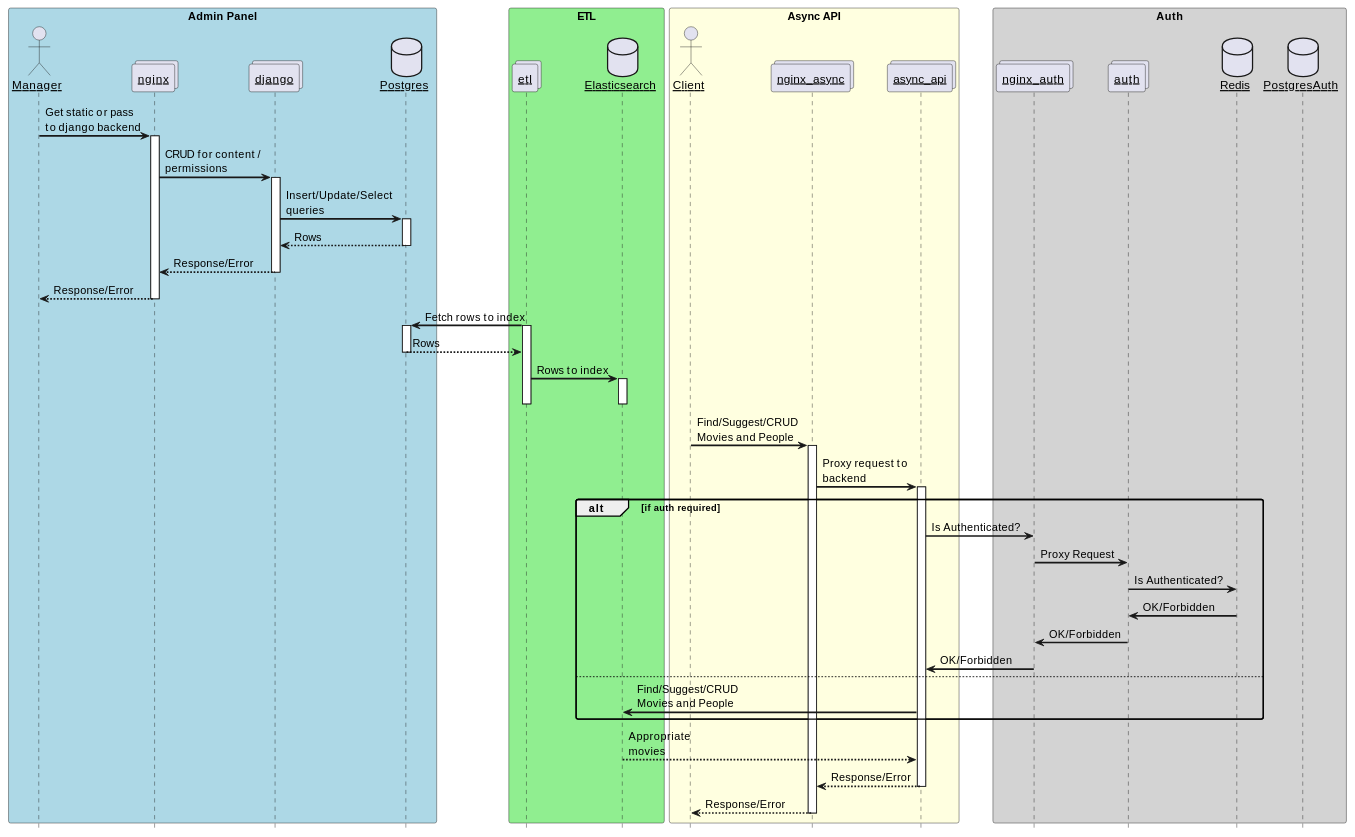
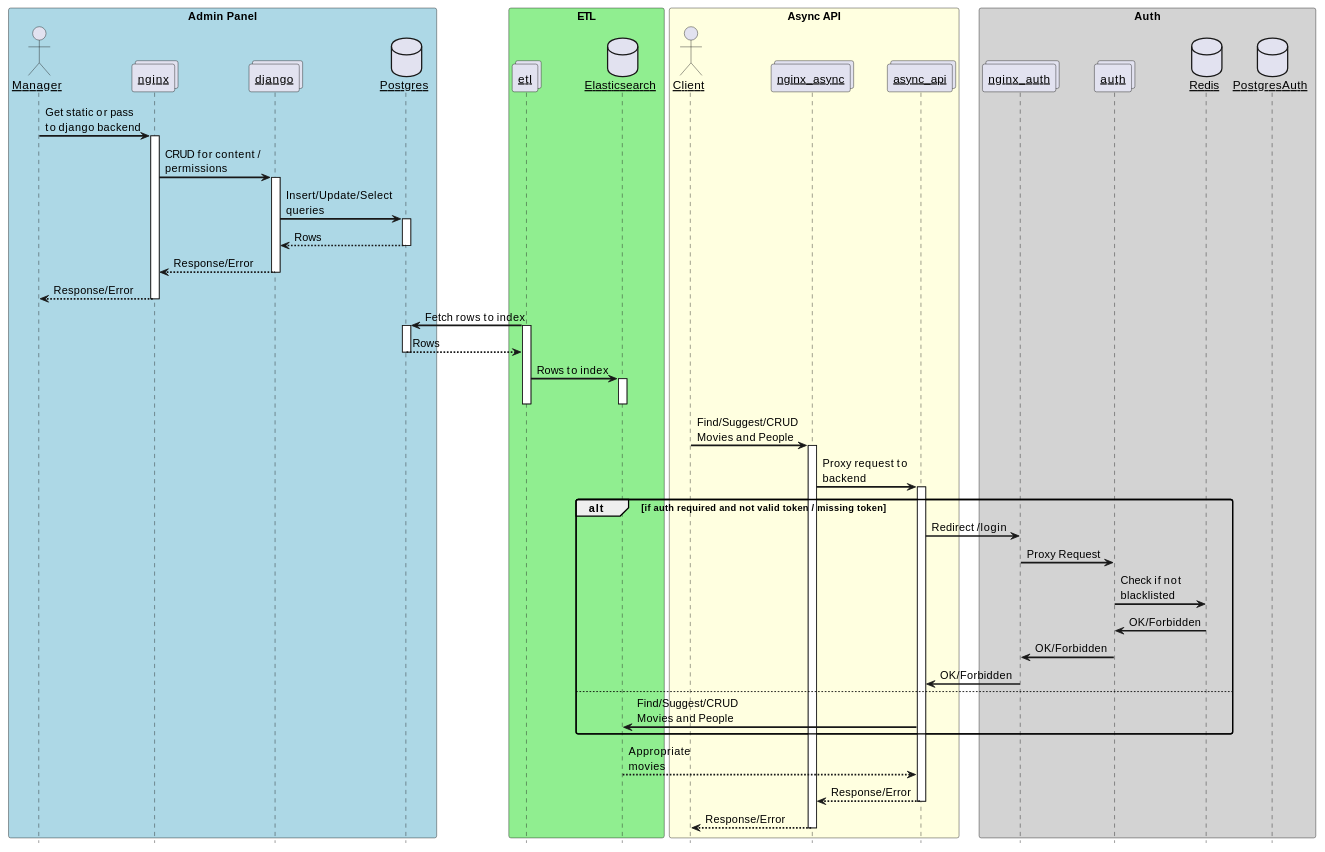
The diagram in docs/overall-service-architecure.md (vromanuk/ugc_sprint_1), drawn with PlantUML before and after one commit.

```diff
--- a/docs/overall-service-architecure.md
+++ b/docs/overall-service-architecure.md
@@ -70,10 +70,10 @@
 nginx_async -> async_api: Proxy request to backend
 activate async_api
 
-alt if auth required
-    async_api -> nginx_auth: Is Authenticated?
+alt if auth required and not valid token / missing token
+    async_api -> nginx_auth: Redirect /login
     nginx_auth -> auth: Proxy Request
-    auth -> Redis: Is Authenticated?
+    auth -> Redis: Check if not blacklisted
     Redis -> auth: OK/Forbidden
     auth -> nginx_auth: OK/Forbidden
     nginx_auth -> async_api: OK/Forbidden
```
